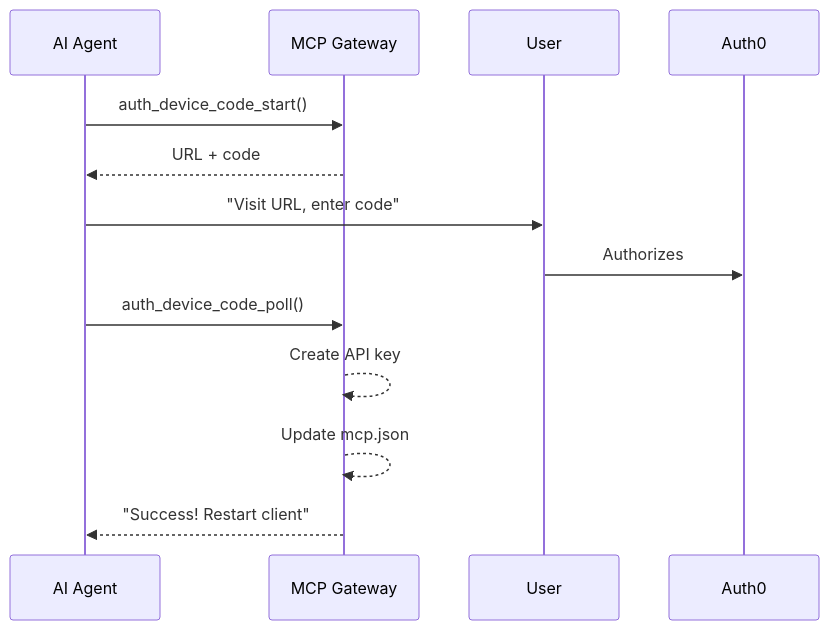
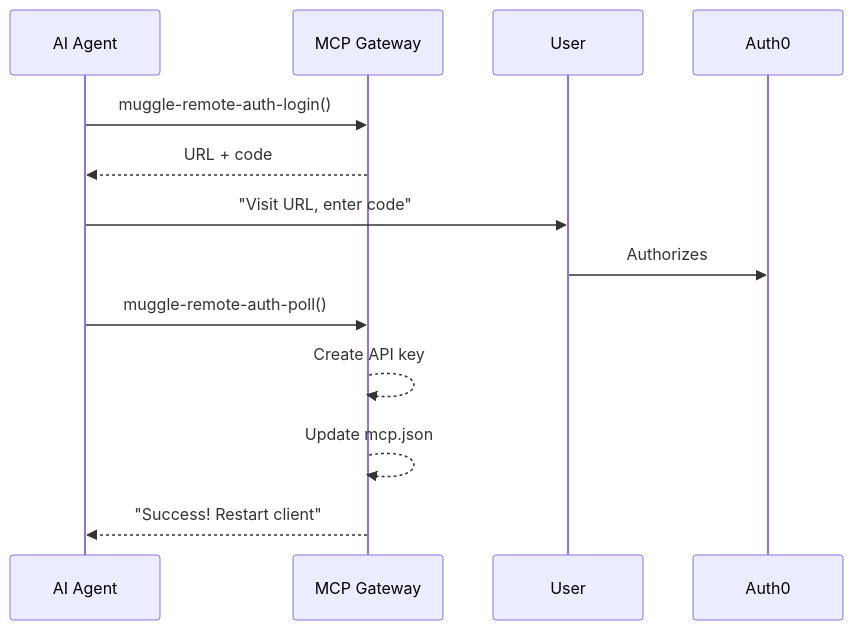
Before and after one commit to multiplex-ai/muggle-ai-docs: the seventh of 7 diagrams in mcp/mcp-concepts.md, drawn with Mermaid. The commit also changed other lines of this file and 26 other files, not shown here.

````diff
--- a/mcp/mcp-concepts.md
+++ b/mcp/mcp-concepts.md
@@ -216,16 +216,16 @@
 ```mermaid
 sequenceDiagram
     participant Agent as AI Agent
     participant Gateway as MCP Gateway
     participant User as User
     participant Auth0 as Auth0
     
-    Agent->>Gateway: auth_device_code_start()
+    Agent->>Gateway: muggle-remote-auth-login()
     Gateway-->>Agent: URL + code
     Agent->>User: "Visit URL, enter code"
     User->>Auth0: Authorizes
-    Agent->>Gateway: auth_device_code_poll()
+    Agent->>Gateway: muggle-remote-auth-poll()
     Gateway-->>Gateway: Create API key
     Gateway-->>Gateway: Update mcp.json
     Gateway-->>Agent: "Success! Restart client"
 ```
````
